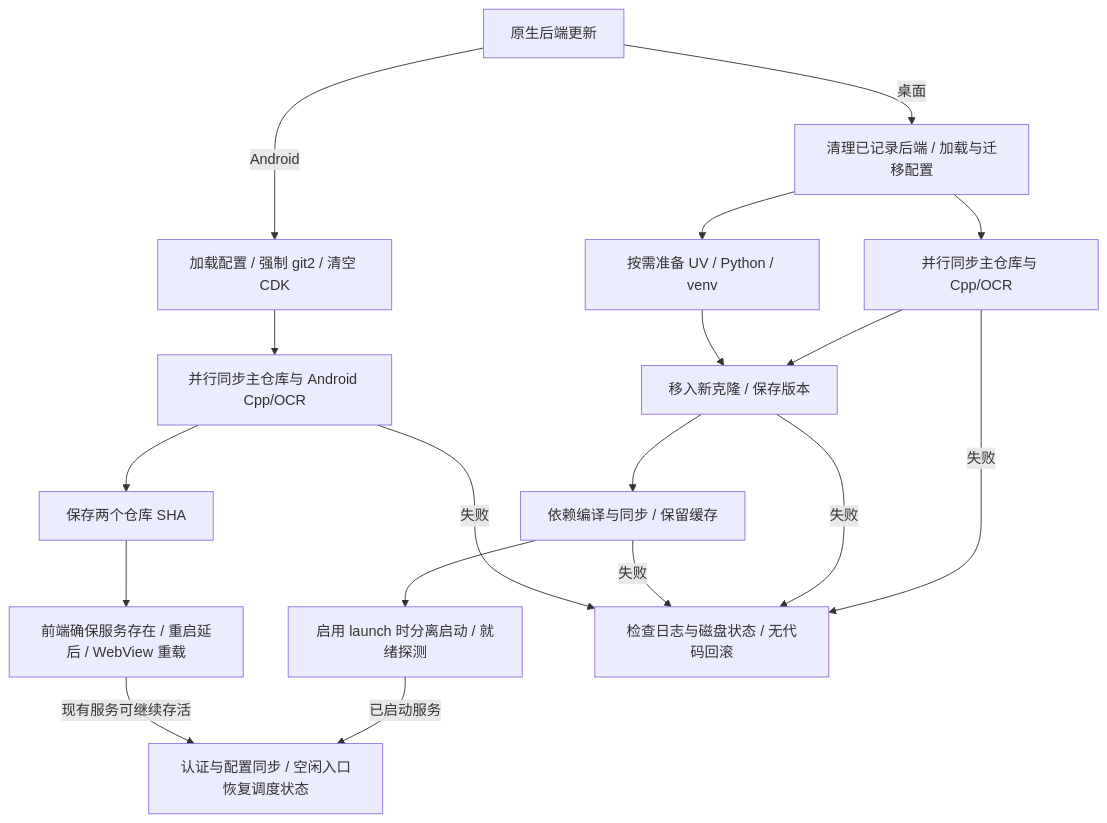
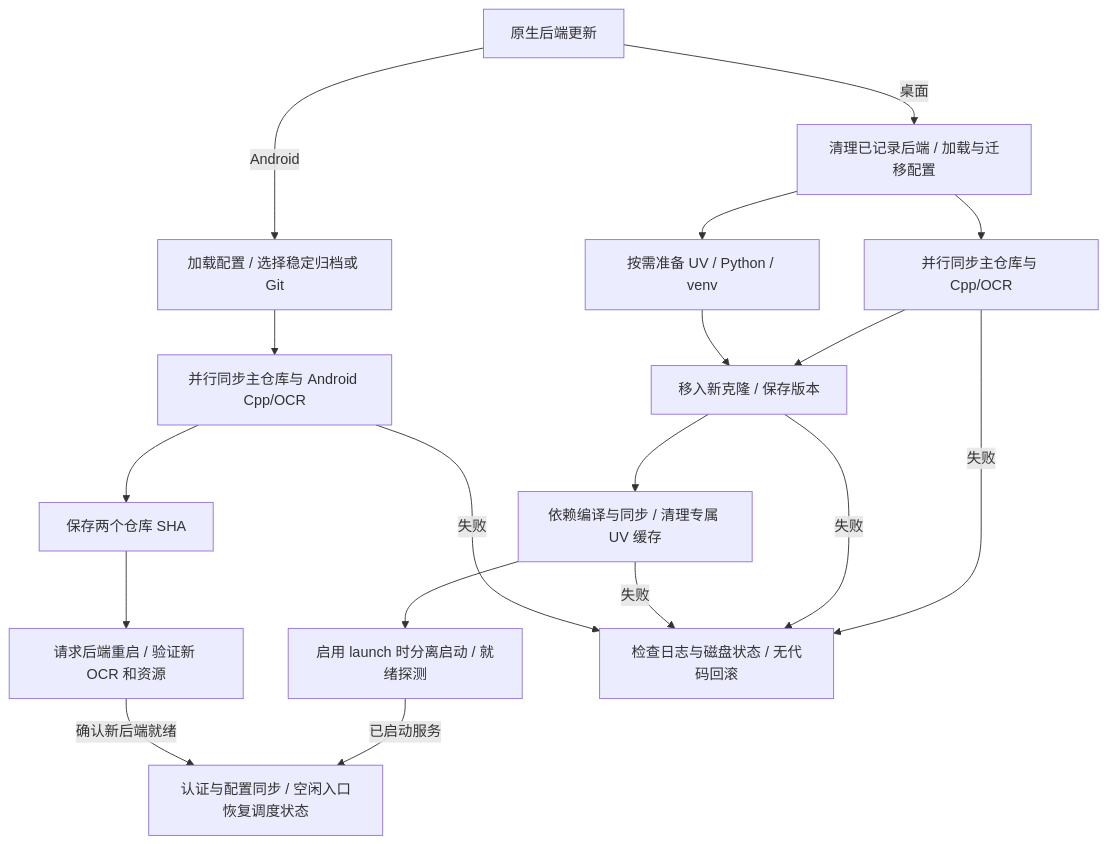
One commit to Kiramei/baas-tauri changed the diagram in docs/content/docs/zh/reference/updater-internals.mdx. Above: the diagram before and after it, drawn with Mermaid. The commit also changed other lines of this file and 66 other files, not shown here.

````diff
--- a/docs/content/docs/zh/reference/updater-internals.mdx
+++ b/docs/content/docs/zh/reference/updater-internals.mdx
@@ -44,20 +44,20 @@
 ```mermaid
 flowchart TD
   Entry["原生后端更新"] -->|"桌面"| D["清理已记录后端 / 加载与迁移配置"]
   D --> R["并行同步主仓库与 Cpp/OCR"]
   D --> E["按需准备 UV / Python / venv"]
   R --> F["移入新克隆 / 保存版本"]
   E --> F
-  F --> P["依赖编译与同步 / 保留缓存"]
+  F --> P["依赖编译与同步 / 清理专属 UV 缓存"]
   P --> L["启用 launch 时分离启动 / 就绪探测"]
-  Entry -->|"Android"| A["加载配置 / 强制 git2 / 清空 CDK"]
+  Entry -->|"Android"| A["加载配置 / 选择稳定归档或 Git"]
   A --> G["并行同步主仓库与 Android Cpp/OCR"]
   G --> S["保存两个仓库 SHA"]
-  S --> H["前端确保服务存在 / 重启延后 / WebView 重载"]
+  S --> H["请求后端重启 / 验证新 OCR 和资源"]
   L -->|"已启动服务"| C["认证与配置同步 / 空闲入口恢复调度状态"]
-  H -->|"现有服务可继续存活"| C
+  H -->|"确认新后端就绪"| C
   R -->|"失败"| X["检查日志与磁盘状态 / 无代码回滚"]
   F -->|"失败"| X
   P -->|"失败"| X
   G -->|"失败"| X
 ```
````
